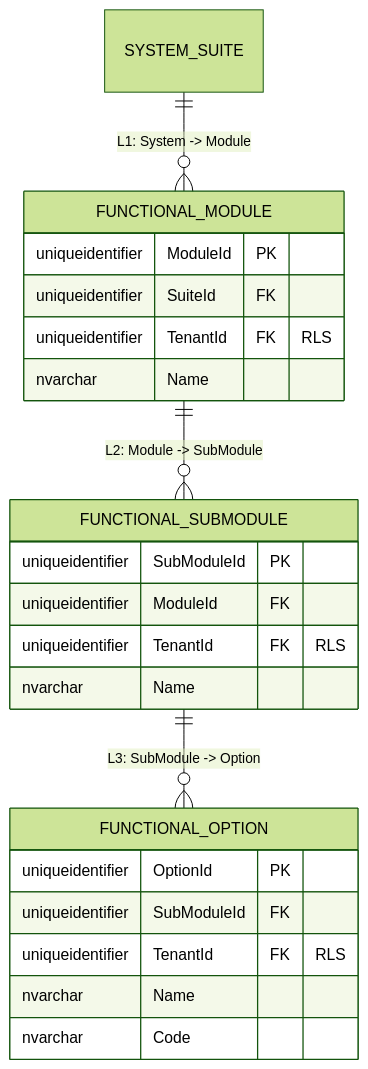
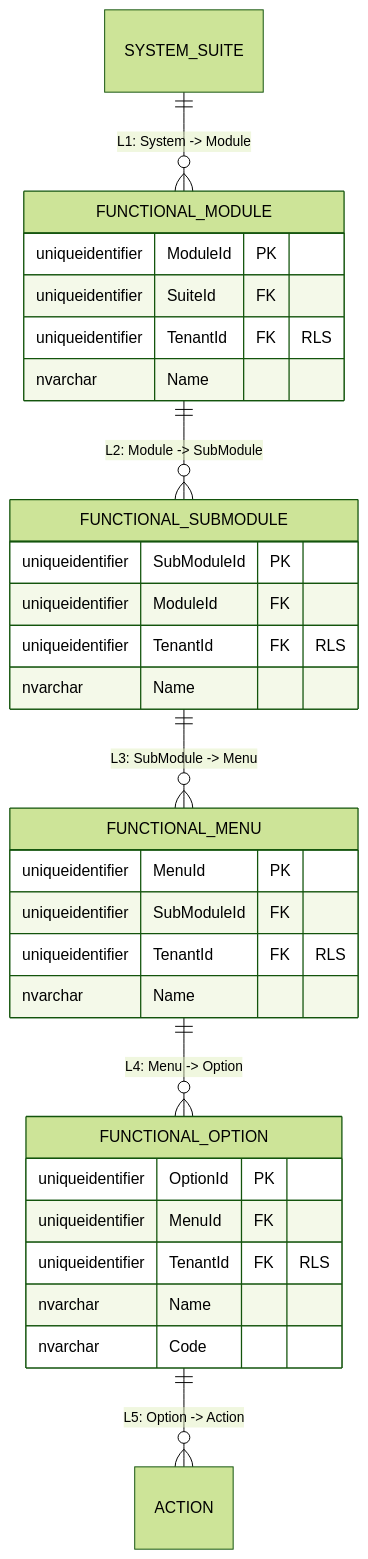
The third of 4 diagrams in docs/architecture/blueprints/database-design-er.md (beyondnetcode/ums), drawn with Mermaid (forest theme) before and after one commit. The commit also changed other lines of this file and 1 other file, not shown here.

Commit message:
docs: add FUNCTIONAL_MENU table and expand authorization hierarchy to 6 levels

````diff
--- a/docs/architecture/blueprints/database-design-er.md
+++ b/docs/architecture/blueprints/database-design-er.md
@@ -110,28 +113,37 @@
 ```mermaid
 erDiagram
     SYSTEM_SUITE ||--o{ FUNCTIONAL_MODULE : "L1: System -> Module"
     FUNCTIONAL_MODULE ||--o{ FUNCTIONAL_SUBMODULE : "L2: Module -> SubModule"
-    FUNCTIONAL_SUBMODULE ||--o{ FUNCTIONAL_OPTION : "L3: SubModule -> Option"
+    FUNCTIONAL_SUBMODULE ||--o{ FUNCTIONAL_MENU : "L3: SubModule -> Menu"
+    FUNCTIONAL_MENU ||--o{ FUNCTIONAL_OPTION : "L4: Menu -> Option"
+    FUNCTIONAL_OPTION ||--o{ ACTION : "L5: Option -> Action"
     
     FUNCTIONAL_MODULE {
         uniqueidentifier ModuleId PK
         uniqueidentifier SuiteId FK
         uniqueidentifier TenantId FK "RLS"
         nvarchar Name
     }
     
     FUNCTIONAL_SUBMODULE {
         uniqueidentifier SubModuleId PK
         uniqueidentifier ModuleId FK
         uniqueidentifier TenantId FK "RLS"
         nvarchar Name
     }
+
+    FUNCTIONAL_MENU {
+        uniqueidentifier MenuId PK
+        uniqueidentifier SubModuleId FK
+        uniqueidentifier TenantId FK "RLS"
+        nvarchar Name
+    }
     
     FUNCTIONAL_OPTION {
         uniqueidentifier OptionId PK
-        uniqueidentifier SubModuleId FK
+        uniqueidentifier MenuId FK
         uniqueidentifier TenantId FK "RLS"
         nvarchar Name
         nvarchar Code
     }
 ```
````
